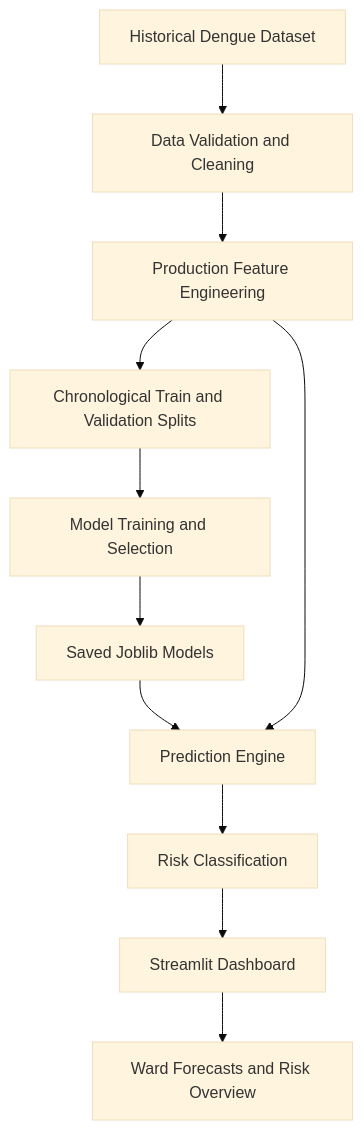
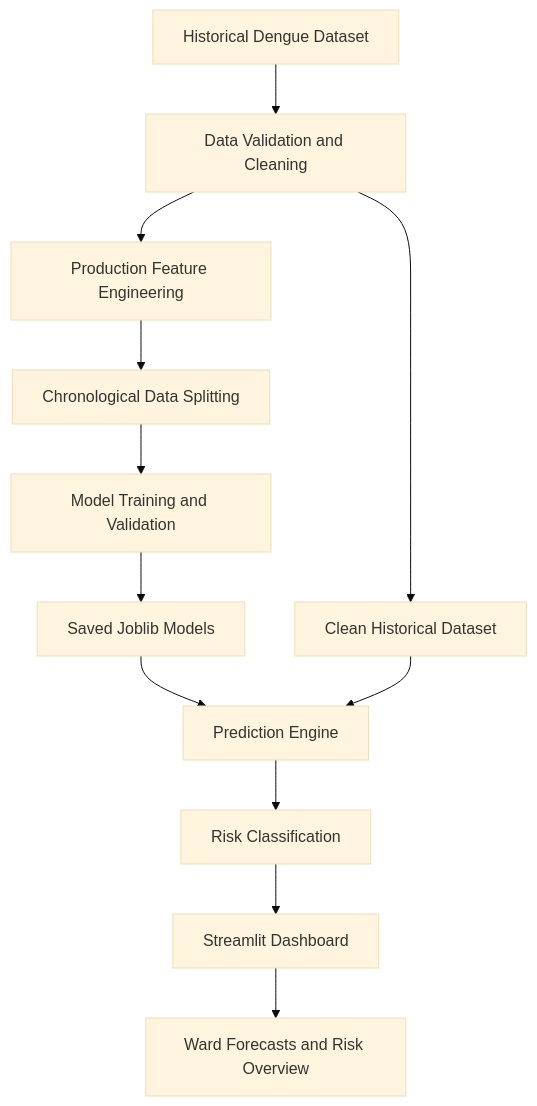
The diagram in ARCHITECTURE.md (sifata68-bit/DengueGuard-AI), drawn with Mermaid (base theme) before and after one commit. The commit also changed other lines of this file, not shown here.

Commit message:
docs: update system architecture and data flow

````diff
--- a/ARCHITECTURE.md
+++ b/ARCHITECTURE.md
@@ -13,13 +23,14 @@
 ```mermaid
 flowchart TD
-    A[Historical Dengue Dataset] --> B[Data Validation and Cleaning]
-    B --> C[Production Feature Engineering]
-    C --> D[Chronological Train and Validation Splits]
-    D --> E[Model Training and Selection]
-    E --> F[Saved Joblib Models]
-    F --> G[Prediction Engine]
-    C --> G
-    G --> H[Risk Classification]
-    H --> I[Streamlit Dashboard]
-    I --> J[Ward Forecasts and Risk Overview]
+    A["Historical Dengue Dataset"] --> B["Data Validation and Cleaning"]
+    B --> C["Production Feature Engineering"]
+    C --> D["Chronological Data Splitting"]
+    D --> E["Model Training and Validation"]
+    E --> F["Saved Joblib Models"]
+    B --> G["Clean Historical Dataset"]
+    F --> H["Prediction Engine"]
+    G --> H
+    H --> I["Risk Classification"]
+    I --> J["Streamlit Dashboard"]
+    J --> K["Ward Forecasts and Risk Overview"]
 ```
````
